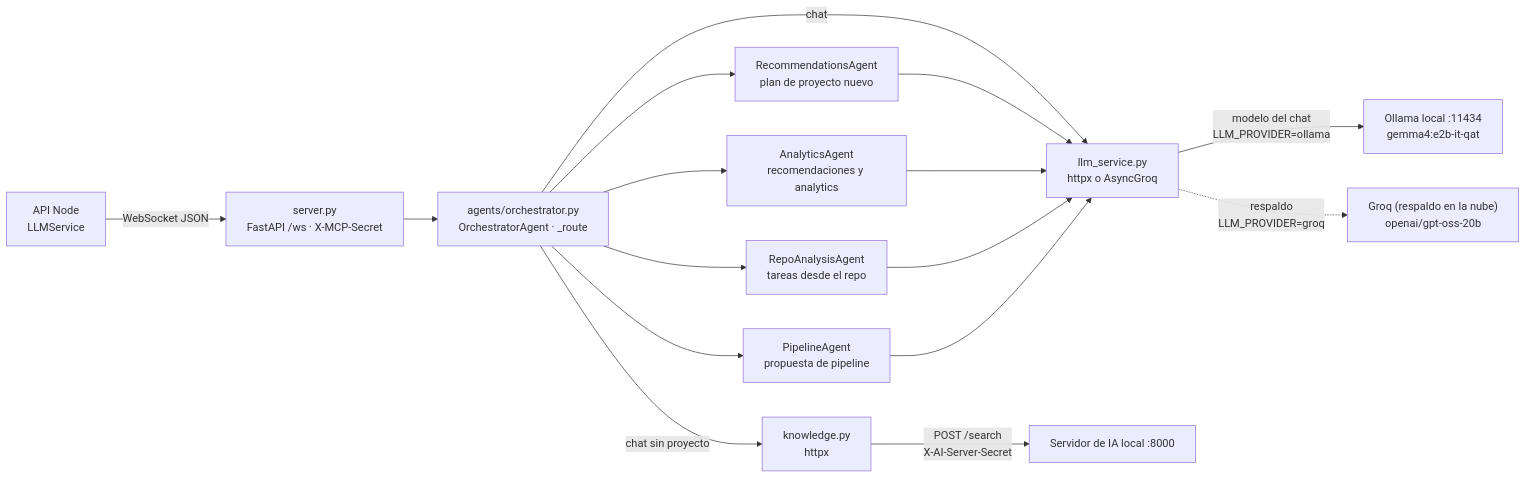
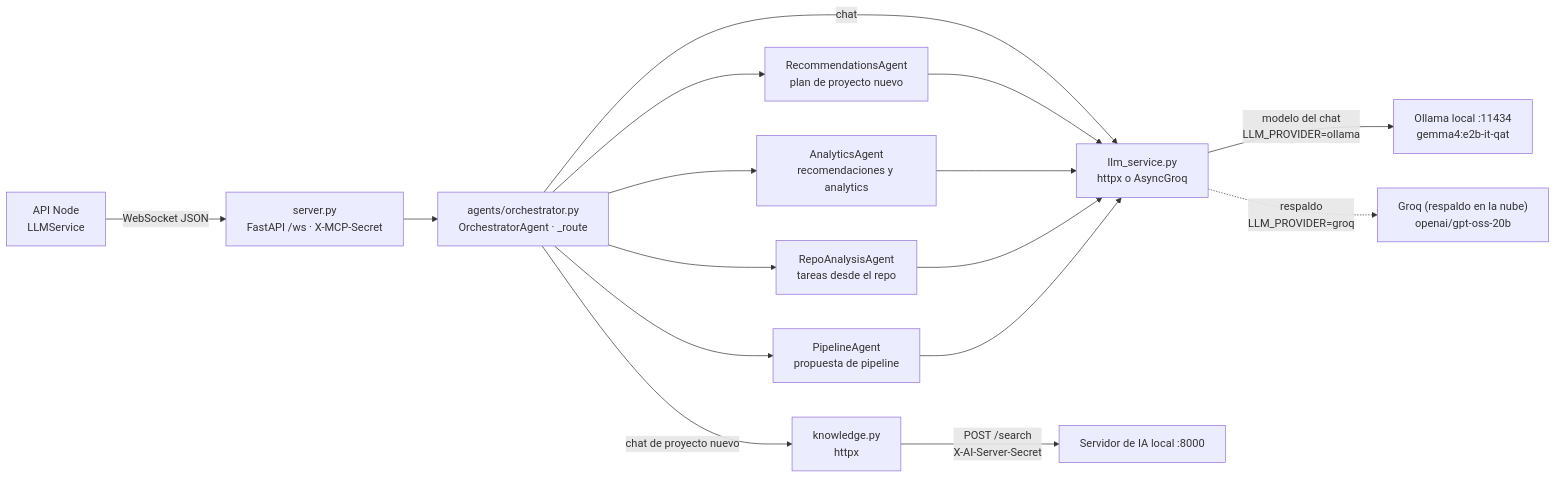
Before and after one commit to PabloP150/proyecto-is-cc6: the third of 3 diagrams in documentacion/02-arquitectura/00-capas-del-codigo.md, drawn with Mermaid. The commit also changed other lines of this file and 40 other files, not shown here.

````diff
--- a/documentacion/02-arquitectura/00-capas-del-codigo.md
+++ b/documentacion/02-arquitectura/00-capas-del-codigo.md
@@ -89,30 +89,30 @@
 ```mermaid
 flowchart LR
     node["API Node<br/>LLMService"]
     srv["server.py<br/>FastAPI /ws · X-MCP-Secret"]
     orch["agents/orchestrator.py<br/>OrchestratorAgent · _route"]
     rec["RecommendationsAgent<br/>plan de proyecto nuevo"]
     ana["AnalyticsAgent<br/>recomendaciones y analytics"]
     repo["RepoAnalysisAgent<br/>tareas desde el repo"]
     pipe["PipelineAgent<br/>propuesta de pipeline"]
     kn["knowledge.py<br/>httpx"]
     llm["llm_service.py<br/>httpx o AsyncGroq"]
     groq["Groq (respaldo en la nube)<br/>openai/gpt-oss-20b"]
     oll["Ollama local :11434<br/>gemma4:e2b-it-qat"]
     ai["Servidor de IA local :8000"]
 
     node -->|"WebSocket JSON"| srv --> orch
     orch --> rec
     orch --> ana
     orch --> repo
     orch --> pipe
     orch -->|"chat"| llm
-    orch -->|"chat sin proyecto"| kn
+    orch -->|"chat de proyecto nuevo"| kn
     kn -->|"POST /search<br/>X-AI-Server-Secret"| ai
     rec --> llm
     ana --> llm
     repo --> llm
     pipe --> llm
     llm -->|"modelo del chat<br/>LLM_PROVIDER=ollama"| oll
     llm -.->|"respaldo<br/>LLM_PROVIDER=groq"| groq
 ```
````
